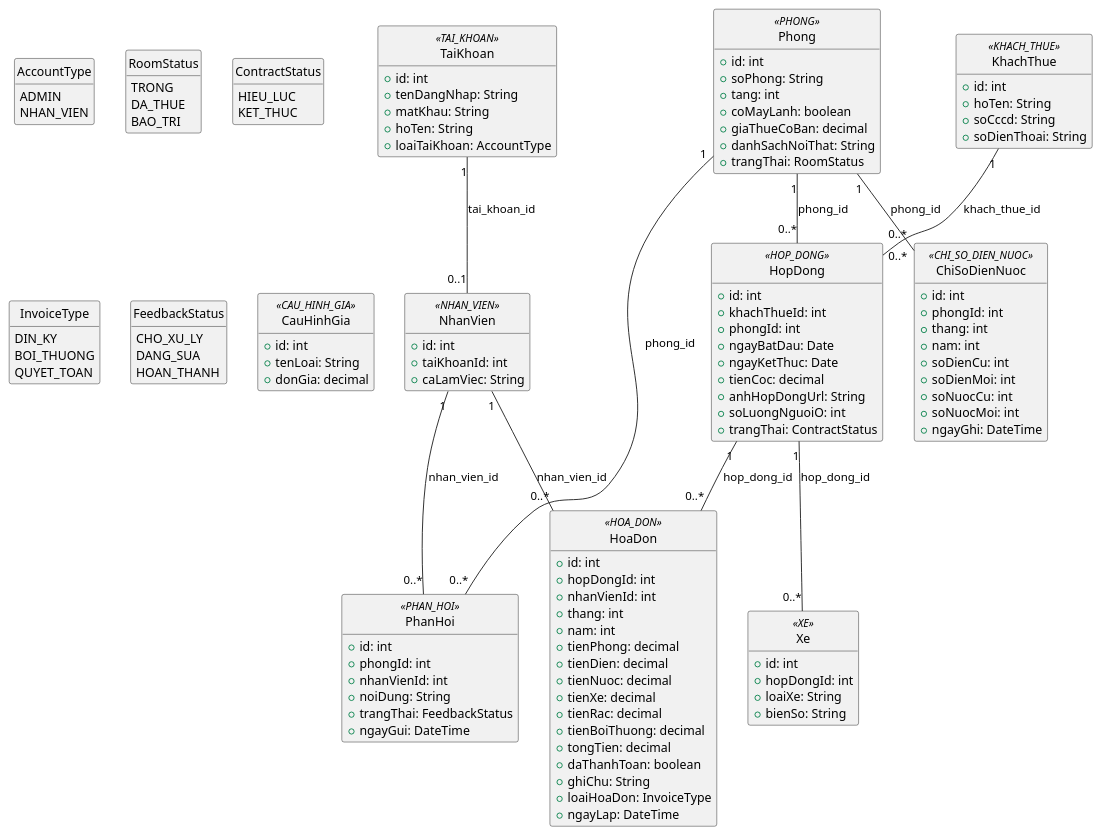
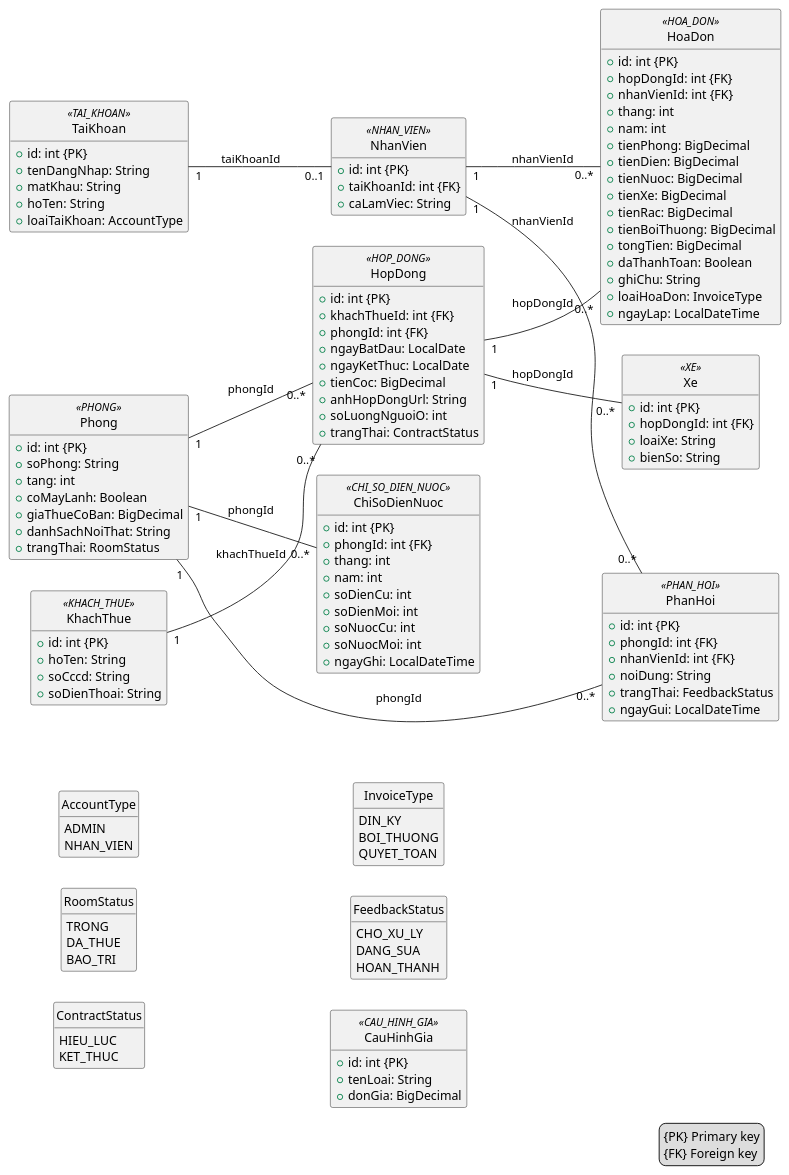
The diagram in src/main/java/com/example/house/uml/class/class_diagram_from_database.puml (ongming/Boarding-House-Management-System), drawn with PlantUML before and after one commit. The commit also changed 50 other files, not shown here.

```diff
--- a/src/main/java/com/example/house/uml/class/class_diagram_from_database.puml
+++ b/src/main/java/com/example/house/uml/class/class_diagram_from_database.puml
@@ -1,148 +1,155 @@
 @startuml
 skinparam style strictuml
 hide methods
+hide circle
+left to right direction
+
+legend right
+  {PK} Primary key
+  {FK} Foreign key
+endlegend
 
 ' =========================
 ' Enums mapped from SQL ENUM
 ' =========================
 enum AccountType {
   ADMIN
   NHAN_VIEN
 }
 
 enum RoomStatus {
   TRONG
   DA_THUE
   BAO_TRI
 }
 
 enum ContractStatus {
   HIEU_LUC
   KET_THUC
 }
 
 enum InvoiceType {
   DIN_KY
   BOI_THUONG
   QUYET_TOAN
 }
 
 enum FeedbackStatus {
   CHO_XU_LY
   DANG_SUA
   HOAN_THANH
 }
 
 ' =========================
 ' Classes mapped from tables
 ' =========================
 class TaiKhoan <<TAI_KHOAN>> {
-  +id: int
+  +id: int {PK}
   +tenDangNhap: String
   +matKhau: String
   +hoTen: String
   +loaiTaiKhoan: AccountType
 }
 
 class NhanVien <<NHAN_VIEN>> {
-  +id: int
-  +taiKhoanId: int
+  +id: int {PK}
+  +taiKhoanId: int {FK}
   +caLamViec: String
 }
 
 class Phong <<PHONG>> {
-  +id: int
+  +id: int {PK}
   +soPhong: String
   +tang: int
-  +coMayLanh: boolean
-  +giaThueCoBan: decimal
+  +coMayLanh: Boolean
+  +giaThueCoBan: BigDecimal
   +danhSachNoiThat: String
   +trangThai: RoomStatus
 }
 
 class KhachThue <<KHACH_THUE>> {
-  +id: int
+  +id: int {PK}
   +hoTen: String
   +soCccd: String
   +soDienThoai: String
 }
 
 class HopDong <<HOP_DONG>> {
-  +id: int
-  +khachThueId: int
-  +phongId: int
-  +ngayBatDau: Date
-  +ngayKetThuc: Date
-  +tienCoc: decimal
+  +id: int {PK}
+  +khachThueId: int {FK}
+  +phongId: int {FK}
+  +ngayBatDau: LocalDate
+  +ngayKetThuc: LocalDate
+  +tienCoc: BigDecimal
   +anhHopDongUrl: String
   +soLuongNguoiO: int
   +trangThai: ContractStatus
 }
 
 class Xe <<XE>> {
-  +id: int
-  +hopDongId: int
+  +id: int {PK}
+  +hopDongId: int {FK}
   +loaiXe: String
   +bienSo: String
 }
 
 class ChiSoDienNuoc <<CHI_SO_DIEN_NUOC>> {
-  +id: int
-  +phongId: int
+  +id: int {PK}
+  +phongId: int {FK}
   +thang: int
   +nam: int
   +soDienCu: int
   +soDienMoi: int
   +soNuocCu: int
   +soNuocMoi: int
-  +ngayGhi: DateTime
+  +ngayGhi: LocalDateTime
 }
 
 class HoaDon <<HOA_DON>> {
-  +id: int
-  +hopDongId: int
-  +nhanVienId: int
+  +id: int {PK}
+  +hopDongId: int {FK}
+  +nhanVienId: int {FK}
   +thang: int
   +nam: int
-  +tienPhong: decimal
-  +tienDien: decimal
-  +tienNuoc: decimal
-  +tienXe: decimal
-  +tienRac: decimal
-  +tienBoiThuong: decimal
-  +tongTien: decimal
-  +daThanhToan: boolean
+  +tienPhong: BigDecimal
+  +tienDien: BigDecimal
+  +tienNuoc: BigDecimal
+  +tienXe: BigDecimal
+  +tienRac: BigDecimal
+  +tienBoiThuong: BigDecimal
+  +tongTien: BigDecimal
+  +daThanhToan: Boolean
   +ghiChu: String
   +loaiHoaDon: InvoiceType
-  +ngayLap: DateTime
+  +ngayLap: LocalDateTime
 }
 
 class PhanHoi <<PHAN_HOI>> {
-  +id: int
-  +phongId: int
-  +nhanVienId: int
+  +id: int {PK}
+  +phongId: int {FK}
+  +nhanVienId: int {FK}
   +noiDung: String
   +trangThai: FeedbackStatus
-  +ngayGui: DateTime
+  +ngayGui: LocalDateTime
 }
 
 class CauHinhGia <<CAU_HINH_GIA>> {
-  +id: int
+  +id: int {PK}
   +tenLoai: String
-  +donGia: decimal
+  +donGia: BigDecimal
 }
 
 ' =========================
 ' Associations from FK constraints
 ' =========================
-TaiKhoan "1" -- "0..1" NhanVien : tai_khoan_id
-KhachThue "1" -- "0..*" HopDong : khach_thue_id
-Phong "1" -- "0..*" HopDong : phong_id
-HopDong "1" -- "0..*" Xe : hop_dong_id
-Phong "1" -- "0..*" ChiSoDienNuoc : phong_id
-HopDong "1" -- "0..*" HoaDon : hop_dong_id
-NhanVien "1" -- "0..*" HoaDon : nhan_vien_id
-Phong "1" -- "0..*" PhanHoi : phong_id
-NhanVien "1" -- "0..*" PhanHoi : nhan_vien_id
+TaiKhoan "1" -- "0..1" NhanVien : taiKhoanId
+KhachThue "1" -- "0..*" HopDong : khachThueId
+Phong "1" -- "0..*" HopDong : phongId
+HopDong "1" -- "0..*" Xe : hopDongId
+Phong "1" -- "0..*" ChiSoDienNuoc : phongId
+HopDong "1" -- "0..*" HoaDon : hopDongId
+NhanVien "1" -- "0..*" HoaDon : nhanVienId
+Phong "1" -- "0..*" PhanHoi : phongId
+NhanVien "1" -- "0..*" PhanHoi : nhanVienId
 
 @enduml
```
